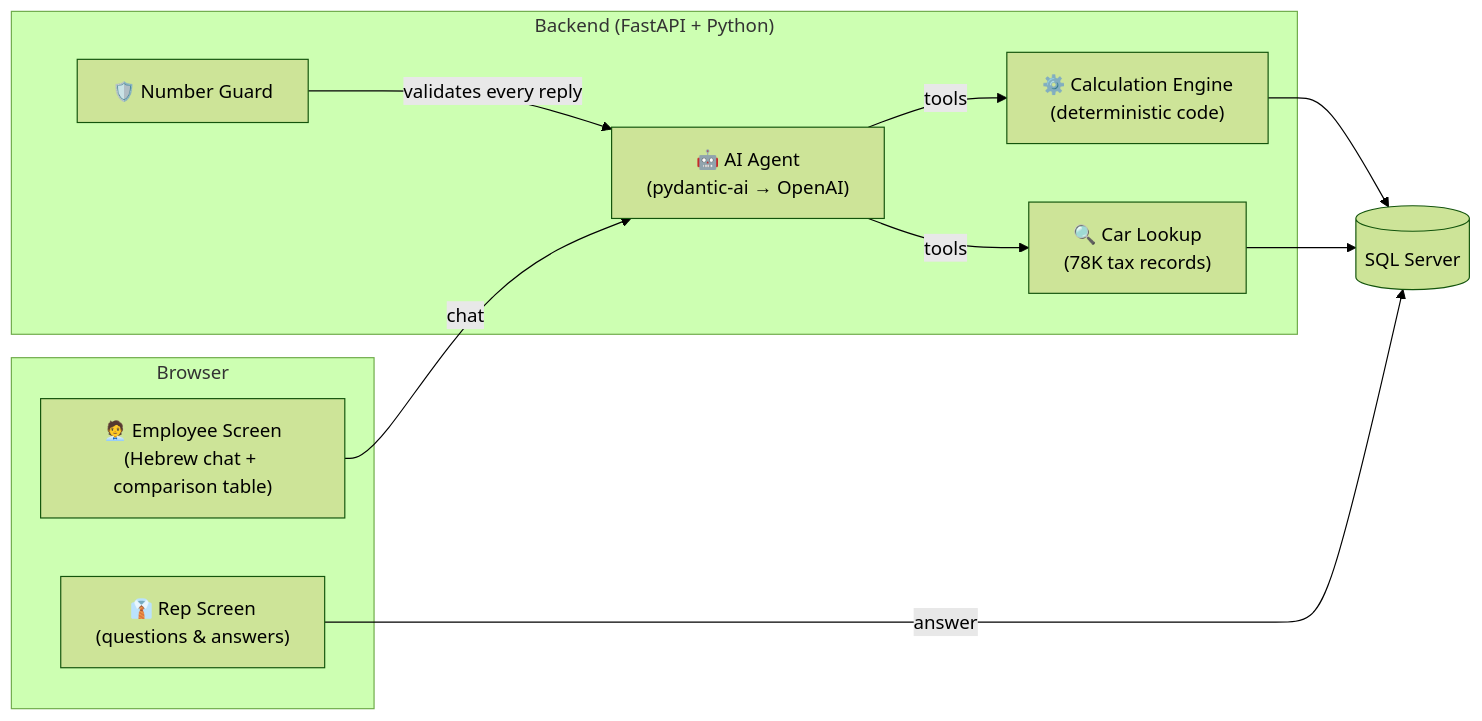
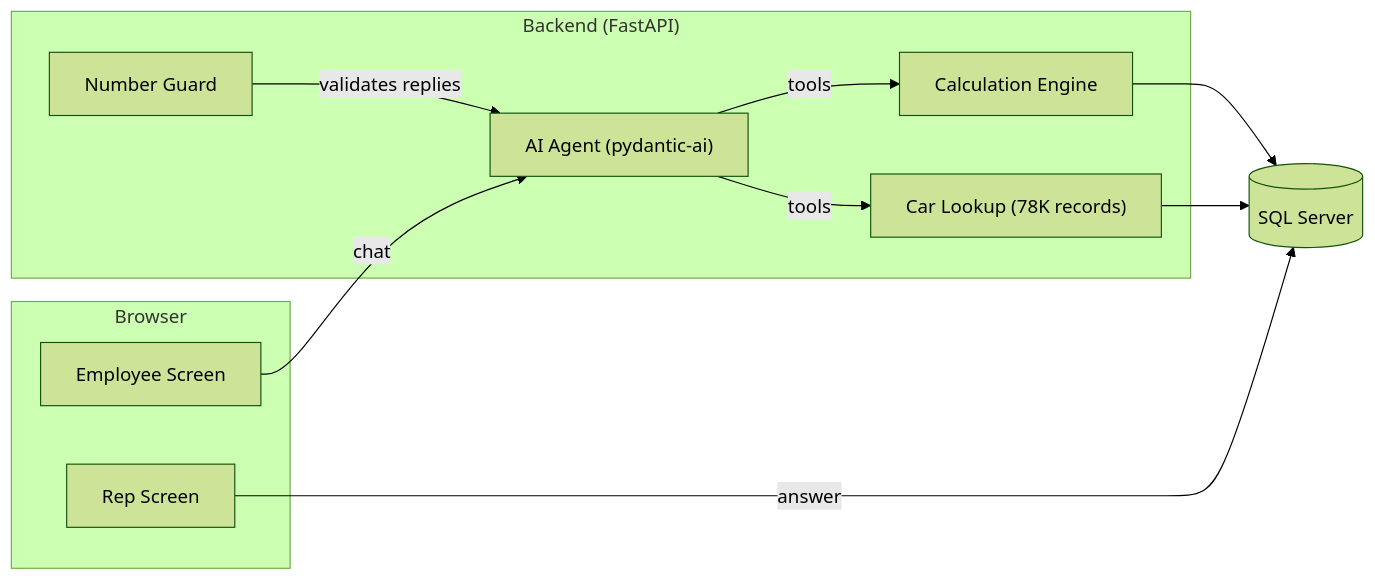
The diagram in README.md (MalkaGreenfeld/car-advisor), drawn with Mermaid (forest theme) before and after one commit. The commit also changed other lines of this file and 1 other file, not shown here.

````diff
--- a/README.md
+++ b/README.md
@@ -34,22 +36,22 @@
 ```mermaid
 flowchart LR
     subgraph Browser
-        E["🧑‍💼 Employee Screen\n(Hebrew chat + comparison table)"]
-        R["👔 Rep Screen\n(questions & answers)"]
+        E["Employee Screen"]
+        R["Rep Screen"]
     end
-    subgraph Backend["Backend (FastAPI + Python)"]
-        Agent["🤖 AI Agent\n(pydantic-ai → OpenAI)"]
-        Engine["⚙️ Calculation Engine\n(deterministic code)"]
-        Lookup["🔍 Car Lookup\n(78K tax records)"]
-        Guard["🛡️ Number Guard"]
+    subgraph Backend["Backend (FastAPI)"]
+        Agent["AI Agent (pydantic-ai)"]
+        Engine["Calculation Engine"]
+        Lookup["Car Lookup (78K records)"]
+        Guard["Number Guard"]
     end
     DB[("SQL Server")]
-    
+
     E -->|chat| Agent
-    Agent -->|"tools"| Engine
-    Agent -->|"tools"| Lookup
-    Guard -->|"validates every reply"| Agent
+    Agent -->|tools| Engine
+    Agent -->|tools| Lookup
+    Guard -->|validates replies| Agent
     Engine --> DB
     Lookup --> DB
-    R -->|"answer"| DB
+    R -->|answer| DB
 ```
````
